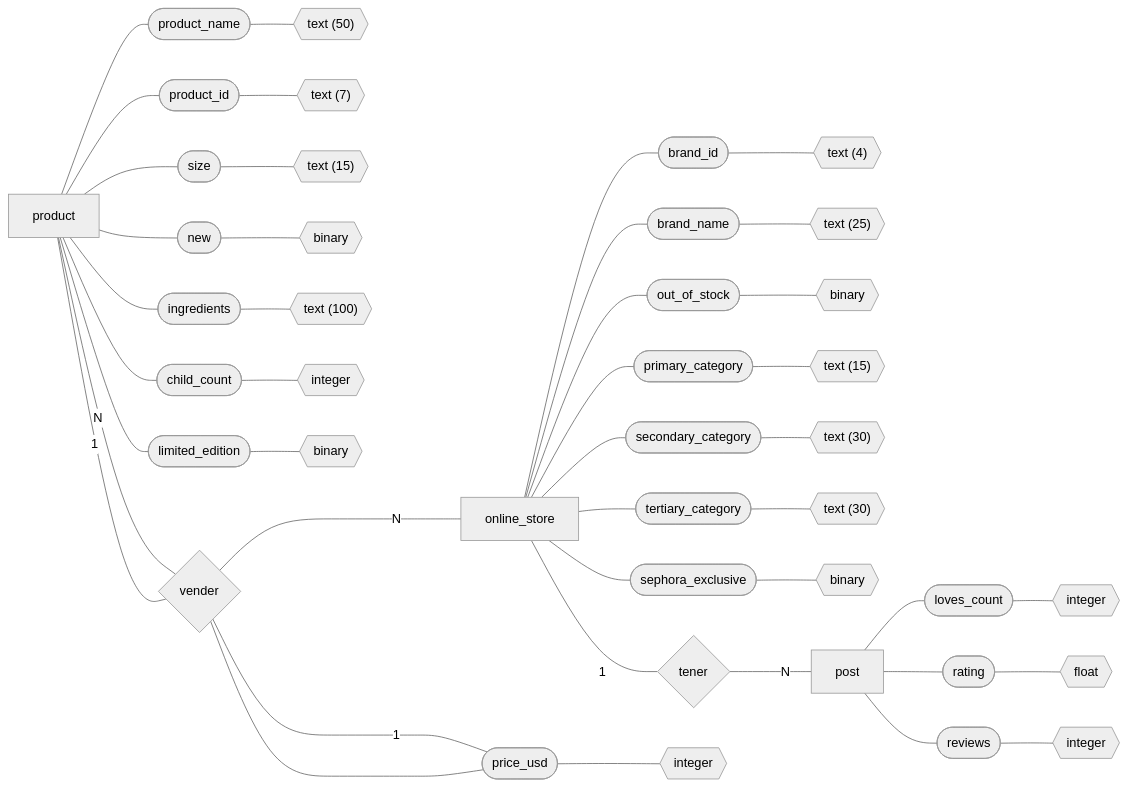
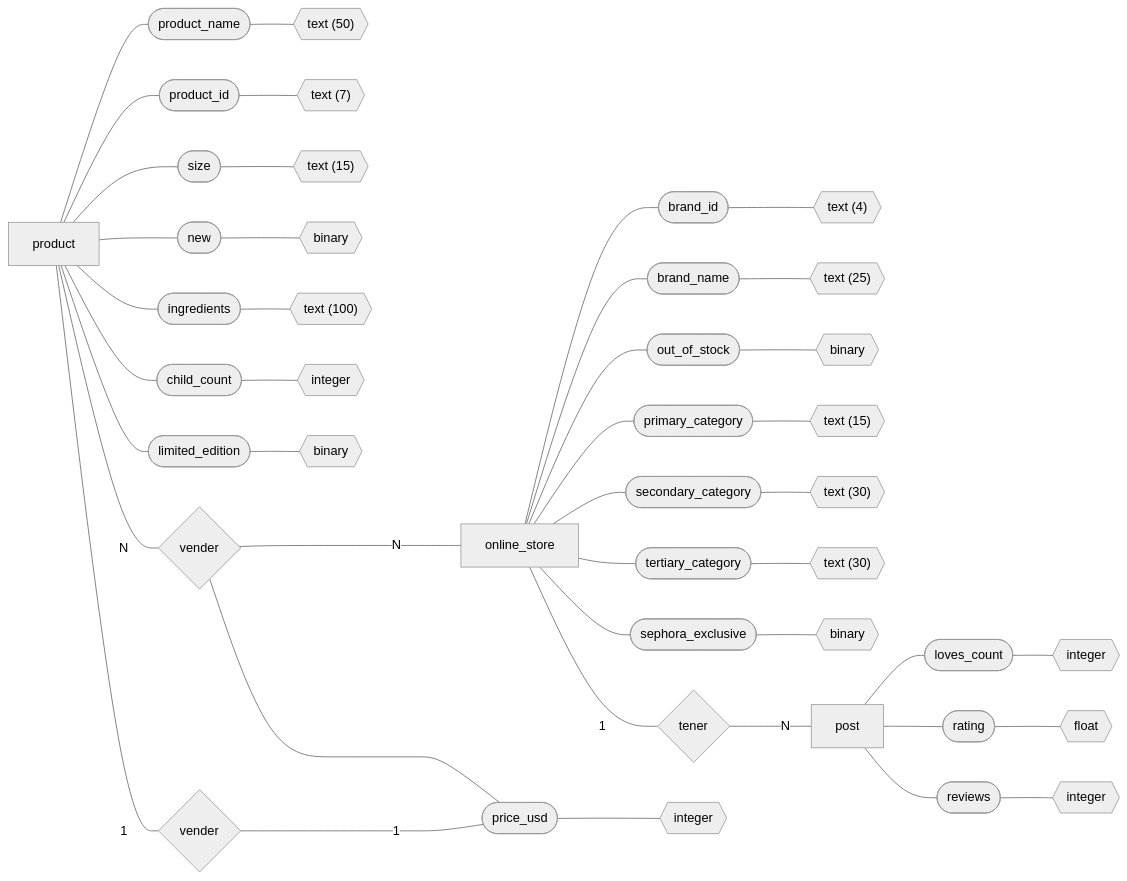
The diagram in tarea2.md (GracielaUscanga/claseBDR), drawn with Mermaid (neutral theme) before and after one commit.

Commit message:
correccion2_tarea2

````diff
--- a/tarea2.md
+++ b/tarea2.md
@@ -4,49 +4,49 @@
 ```mermaid
 flowchart LR
     product --- product_name([product_name])
     product --- product_id([product_id])
     product --- size([size])
     product --- new([new])
     product --- ingredients([ingredients])
     product --- child_count([child_count])
     product --- limited_edition([limited_edition])
 
     product_name --- texto1{{"text (50)"}}
     product_id --- texto2{{"text (7)"}}
     size --- texto3{{"text (15)"}}
     new --- texto4{{binary}}
     ingredients --- texto5{{"text (100)"}}
     child_count --- texto6{{integer}}
     limited_edition --- texto7{{binary}}
 
     online_store --- brand_id([brand_id])
     online_store --- brand_name([brand_name])
     online_store --- out_of_stock([out_of_stock])
     online_store --- primary_category([primary_category])
     online_store --- secondary_category([secondary_category])
     online_store --- tertiary_category([tertiary_category])
     online_store --- sephora_exclusive([sephora_exclusive])
 
     brand_id --- texto8{{"text (4)"}}
     brand_name --- texto9{{"text (25)"}}
     out_of_stock --- texto10{{binary}}
     primary_category --- texto11{{"text (15)"}}
     secondary_category --- texto12{{"text (30)"}}
     tertiary_category --- texto13{{"text (30)"}}
     sephora_exclusive --- texto14{{binary}}
 
     post --- loves_count([loves_count])
     post --- rating([rating])
     post --- reviews([reviews])
 
     loves_count --- texto15{{integer}}
     rating --- texto16{{float}}
     reviews --- texto17{{integer}}
 
     product -- N --- relacion1{vender} -- N ----- online_store
-    product -- 1 --- relacion1{vender} -- 1 ----- price_usd
+    product -- 1 --- relacion3{vender} -- 1 ----- price_usd
     online_store -- 1 --- relacion2{tener} -- N --- post
 
     relacion1 --- price_usd([price_usd])
     price_usd --- texto18{{integer}}
 ```
````
